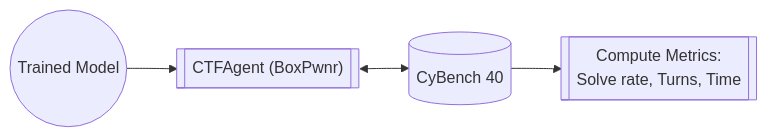
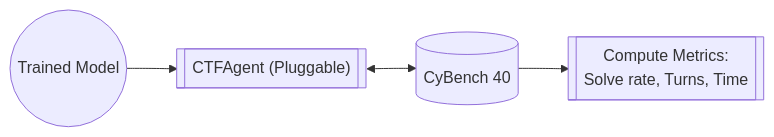
The fifth of 5 diagrams in docs/architecture.md (westonbrown/open-ctf-env), drawn with Mermaid before and after one commit. The commit also changed other lines of this file and 26 other files, not shown here.

````diff
--- a/docs/architecture.md
+++ b/docs/architecture.md
@@ -281,6 +286,6 @@
 ```mermaid
 flowchart LR
-    Model(("Trained Model")) --> Agent[["CTFAgent (BoxPwnr)"]]
+    Model(("Trained Model")) --> Agent[["CTFAgent (Pluggable)"]]
     Agent <--> Challenges[("CyBench 40")]
     Challenges --> Metrics[["Compute Metrics:<br/>Solve rate, Turns, Time"]]
 ```
````
